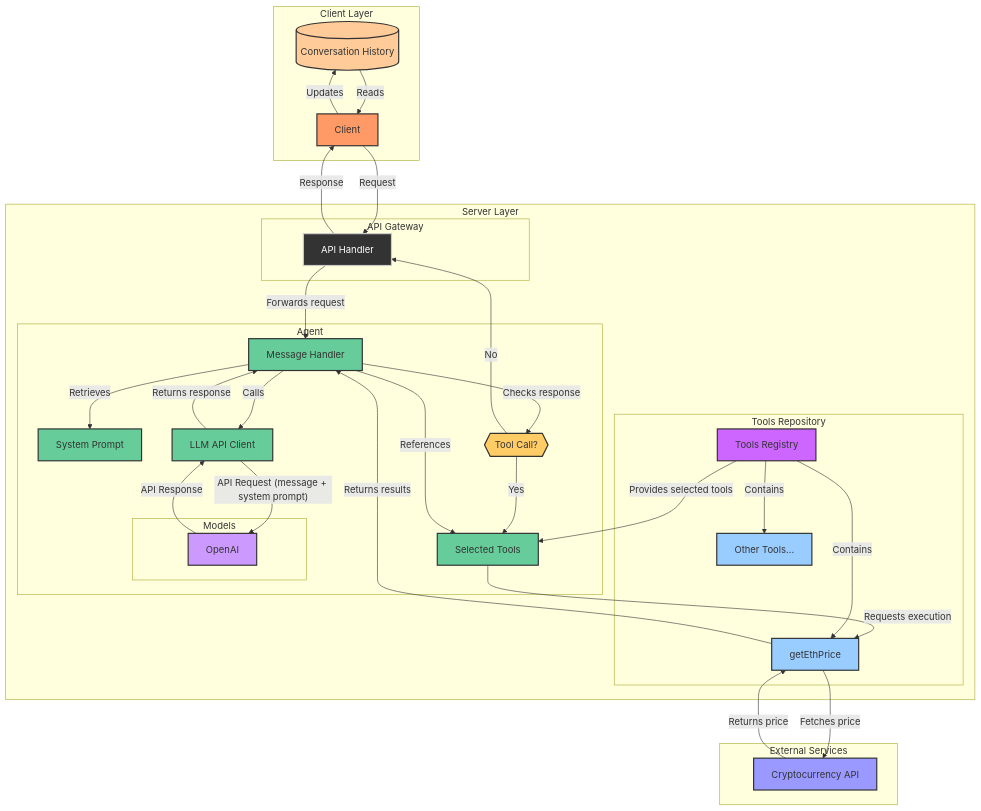
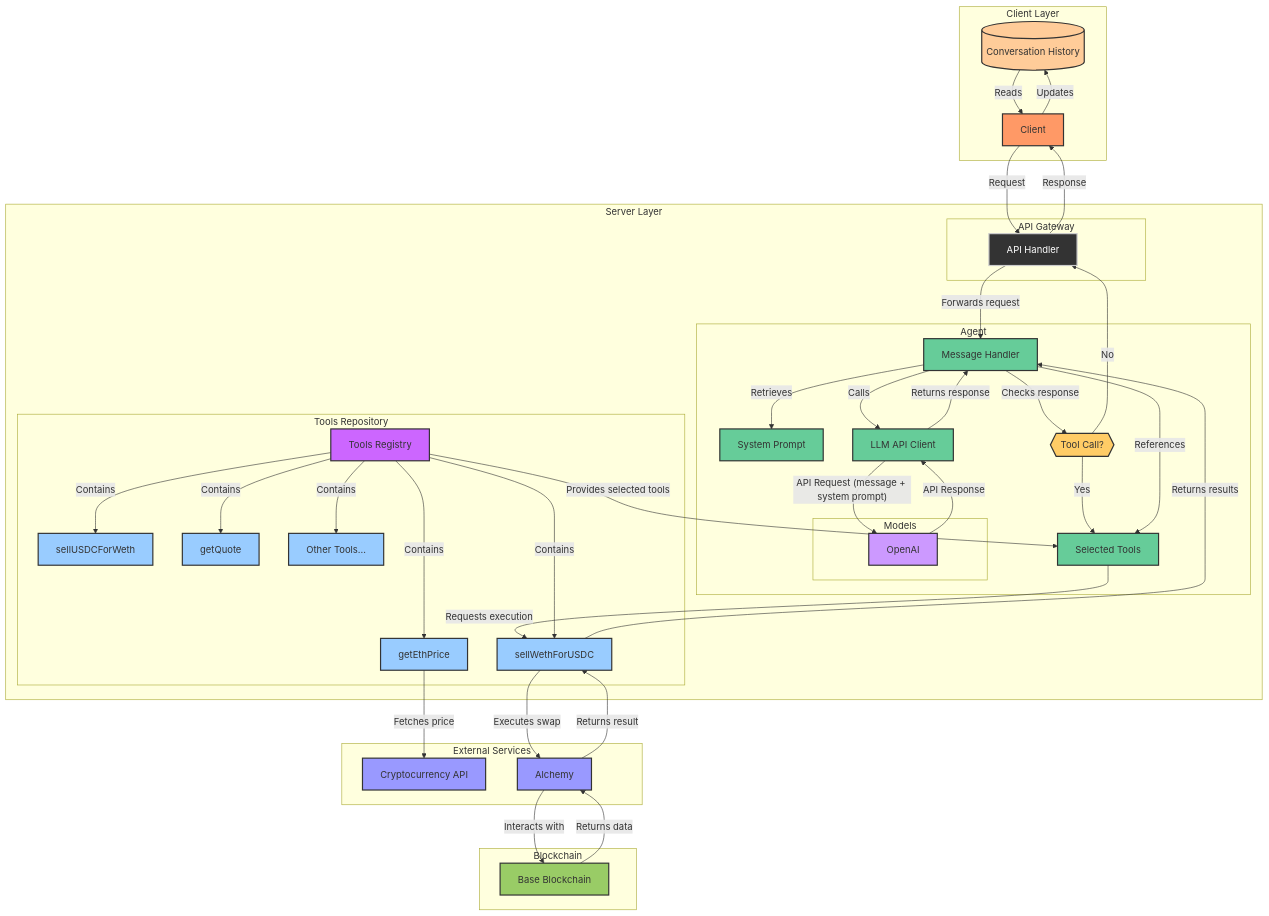
One commit to motechFR/ai-agents-demo changed the diagram in server/lib/levels/flowcharts/level05.md. Above: the diagram before and after it, drawn with Mermaid. The commit also changed 1 other file, not shown here.

Commit message:
Add tooling for swap

````diff
--- a/server/lib/levels/flowcharts/level05.md
+++ b/server/lib/levels/flowcharts/level05.md
@@ -39,15 +39,20 @@
             %% Elements
             ToolsRegistry["Tools Registry"]
             GetEthPrice["getEthPrice"]
+            SellWethForUSDC["sellWethForUSDC"]
+            SellUSDCForWeth["sellUSDCForWeth"]
+            GetQuote["getQuote"]
             OtherTools["Other Tools..."]
             SelectedTools["Selected Tools"]
 
             %% Flow
-            SelectedTools -- "Requests execution" --> GetEthPrice
-
-            GetEthPrice -- "Returns results" --> MessageHandler
+            SelectedTools -- "Requests execution" --> SellWethForUSDC
+            SellWethForUSDC -- "Returns results" --> MessageHandler
 
             ToolsRegistry -- "Contains" --> GetEthPrice
+            ToolsRegistry -- "Contains" --> SellWethForUSDC
+            ToolsRegistry -- "Contains" --> SellUSDCForWeth
+            ToolsRegistry -- "Contains" --> GetQuote
             ToolsRegistry -- "Contains" --> OtherTools
         end
     end
@@ -57,10 +62,21 @@
     APIHandler -- "Response" --> Client
     ToolsRegistry -- "Provides selected tools" --> SelectedTools
 
+
+    subgraph Blockchain
+        Base["Base Blockchain"]
+    end
+
     subgraph External Services
         CoinAPI["Cryptocurrency API"]
+        Alchemy["Alchemy"]
+        
         GetEthPrice -- "Fetches price" --> CoinAPI
-        CoinAPI -- "Returns price" --> GetEthPrice
+        
+        SellWethForUSDC -- "Executes swap" --> Alchemy
+        Alchemy -- "Interacts with" --> Base
+        Base -- "Returns data" --> Alchemy
+        Alchemy -- "Returns result" --> SellWethForUSDC
     end
 
     classDef clientStyle fill:#f96,stroke:#333,stroke-width:2px;
@@ -72,15 +88,17 @@
     classDef modelStyle fill:#c9f,stroke:#333,stroke-width:2px;
     classDef repositoryStyle fill:#c6f,stroke:#333,stroke-width:2px;
     classDef decisionStyle fill:#fc6,stroke:#333,stroke-width:2px;
+    classDef blockchainStyle fill:#9c6,stroke:#333,stroke-width:2px;
 
 
     class Client clientStyle;
     class APIHandler serverStyle;
     class MessageHandler,SystemPrompt,LLMClient,SelectedTools agentStyle;
-    class GetEthPrice,OtherTools toolStyle;
+    class GetEthPrice,OtherTools,SellWethForUSDC,SellUSDCForWeth,GetQuote toolStyle;
     class OpenAI modelStyle;
-    class CoinAPI externalStyle;
+    class CoinAPI,Alchemy externalStyle;
     class ConversationHistory historyStyle;
     class ToolsRegistry repositoryStyle;
     class ToolCallTest decisionStyle;
+    class Base blockchainStyle;
 ```
````
